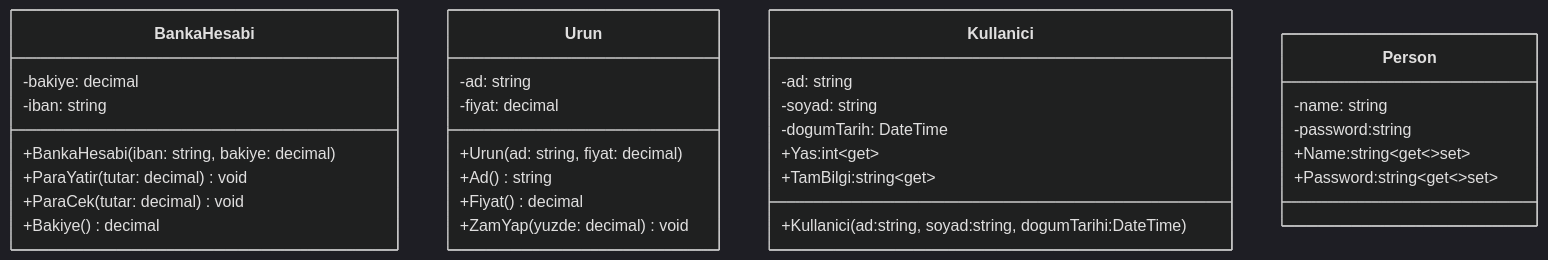
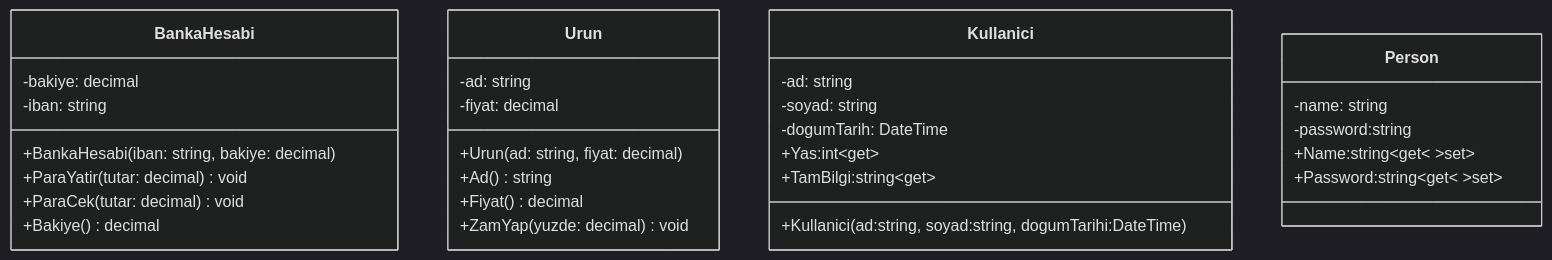
Before and after one commit to ibrahimayaz/Nesne-Yonelimli-Programlama-2025: the diagram in Hafta03/README.md, drawn with Mermaid (dark theme).

Commit message:
Hafta03 Güncellendi

````diff
--- a/Hafta03/README.md
+++ b/Hafta03/README.md
@@ -10,38 +10,38 @@
 ```mermaid
 classDiagram
     class BankaHesabi {
       -bakiye: decimal
       -iban: string
       +BankaHesabi(iban: string, bakiye: decimal)
       +ParaYatir(tutar: decimal) void
       +ParaCek(tutar: decimal) void
       +Bakiye() decimal
     }
 
     class Urun {
       -ad: string
       -fiyat: decimal
       +Urun(ad: string, fiyat: decimal)
       +Ad() string
       +Fiyat() decimal
       +ZamYap(yuzde: decimal) void
     }
 
     class Kullanici {
       -ad: string
       -soyad: string
       -dogumTarih: DateTime
       +Yas:int~get~
       +TamBilgi:string~get~
       +Kullanici(ad:string, soyad:string, dogumTarihi:DateTime)
     }
  
 
     class Person {
       -name: string
       -password:string
-      +Name:string~get~~set~
-      +Password:string~get~~set~
+      +Name:string~get~ ~set~
+      +Password:string~get~ ~set~
     }
     
 ```
````
